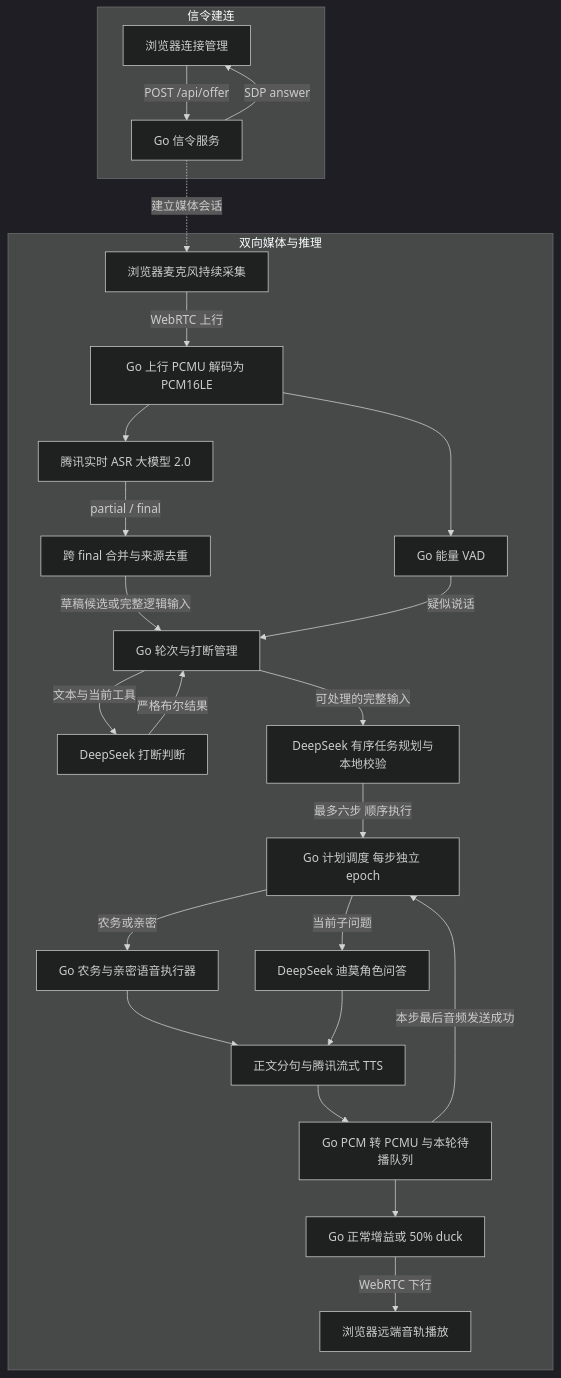
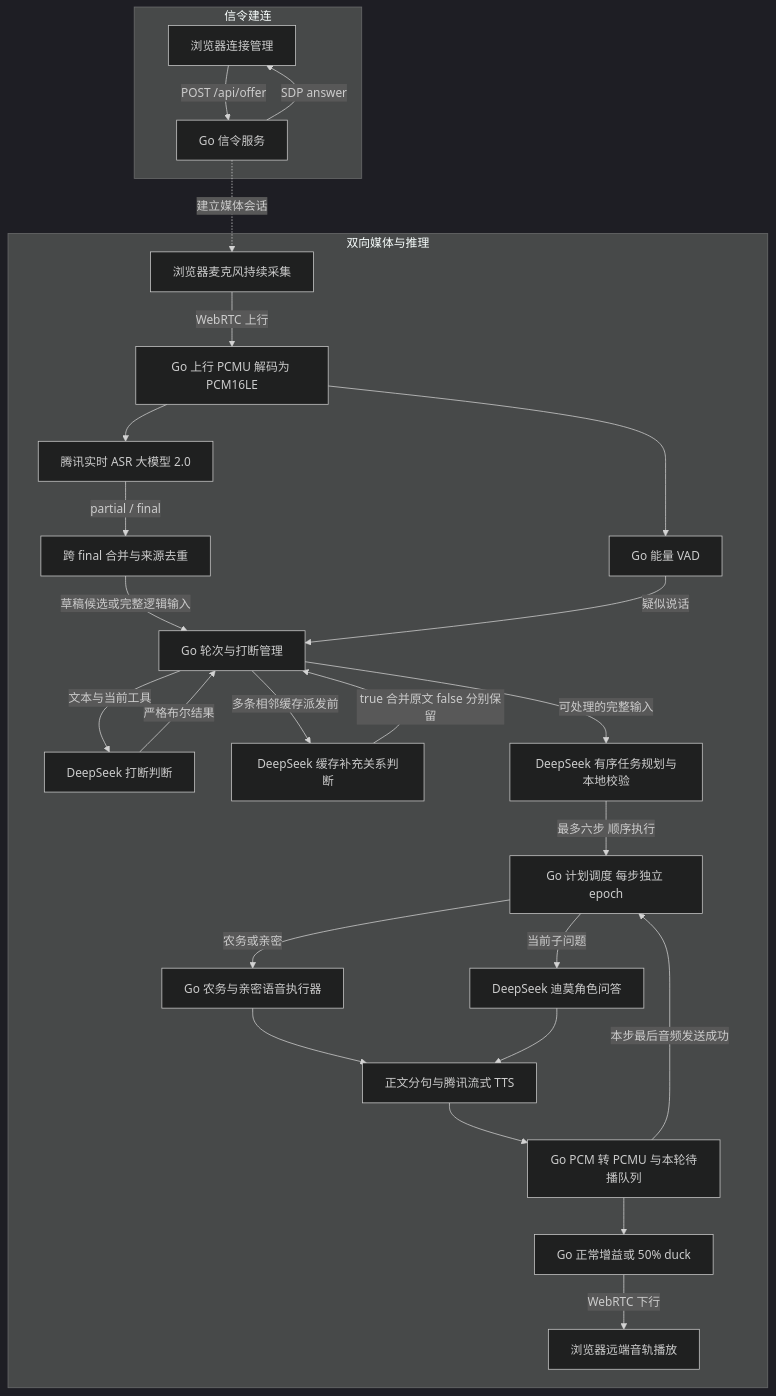
The first of 3 diagrams in docs/架构与状态机说明.md (zjn20021020/WebRTC), drawn with Mermaid (dark theme) before and after one commit. The commit also changed other lines of this file and 39 other files, not shown here.

````diff
--- a/docs/架构与状态机说明.md
+++ b/docs/架构与状态机说明.md
@@ -5,45 +5,48 @@
 ```mermaid
 flowchart TB
   subgraph Setup[信令建连]
     Client[浏览器连接管理]
     Signal[Go 信令服务]
     Client -->|POST /api/offer| Signal
     Signal -->|SDP answer| Client
   end
   Signal -. 建立媒体会话 .-> Mic
   subgraph Conversation[双向媒体与推理]
     Mic[浏览器麦克风持续采集]
     RTP[Go 上行 PCMU 解码为 PCM16LE]
     ASR[腾讯实时 ASR 大模型 2.0]
     VAD[Go 能量 VAD]
     Manager[Go 轮次与打断管理]
     Intent[DeepSeek 打断判断]
+    Relation[DeepSeek 缓存补充关系判断]
     Merge[跨 final 合并与来源去重]
     Action[DeepSeek 有序任务规划与本地校验]
     Plan[Go 计划调度 每步独立 epoch]
     Executor[Go 农务与亲密语音执行器]
     LLM[DeepSeek 迪莫角色问答]
     TTS[正文分句与腾讯流式 TTS]
     Queue[Go PCM 转 PCMU 与本轮待播队列]
     Gain[Go 正常增益或 50% duck]
     Speaker[浏览器远端音轨播放]
     Mic -->|WebRTC 上行| RTP
     RTP --> ASR
     RTP --> VAD
     ASR -->|partial / final| Merge
     Merge -->|草稿候选或完整逻辑输入| Manager
     VAD -->|疑似说话| Manager
     Manager -->|文本与当前工具| Intent
     Intent -->|严格布尔结果| Manager
+    Manager -->|多条相邻缓存派发前| Relation
+    Relation -->|true 合并原文 false 分别保留| Manager
     Manager -->|可处理的完整输入| Action
     Action -->|最多六步 顺序执行| Plan
     Plan -->|农务或亲密| Executor
     Plan -->|当前子问题| LLM
     Executor --> TTS
     LLM --> TTS
     TTS --> Queue
     Queue --> Gain
     Gain -->|WebRTC 下行| Speaker
     Queue -->|本步最后音频发送成功| Plan
   end
 ```
````
